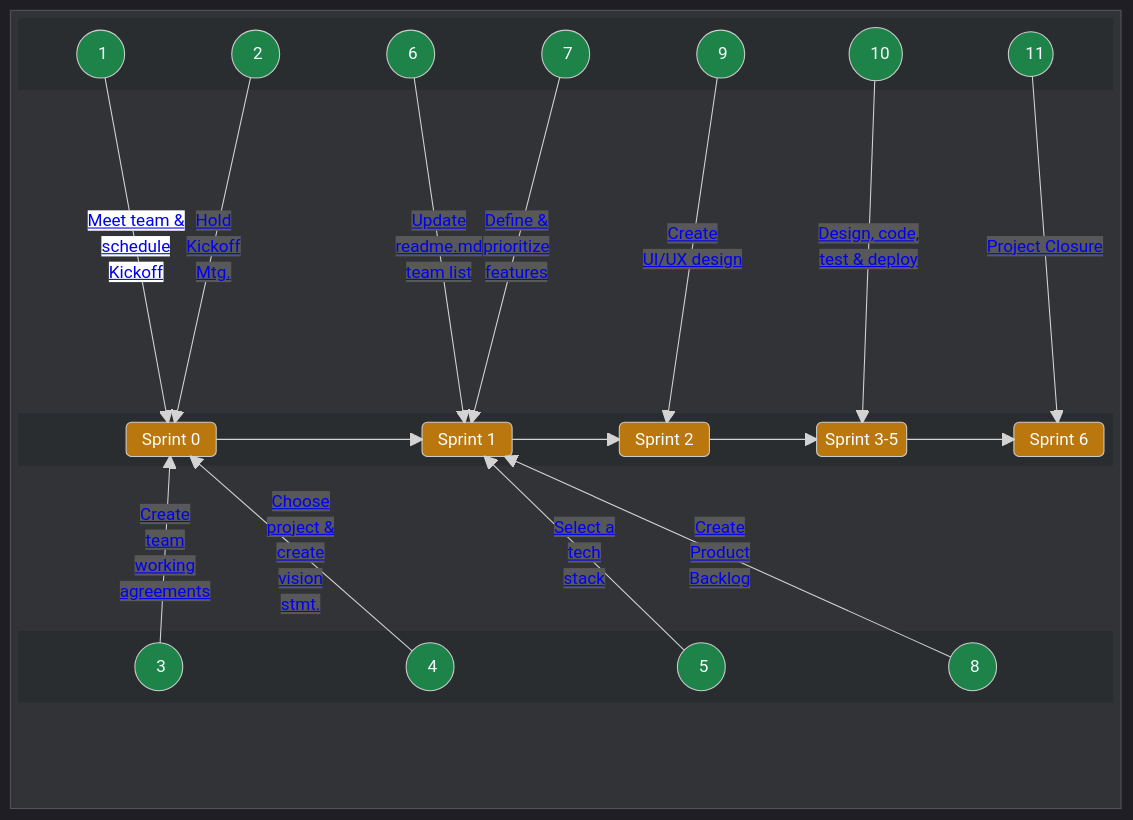
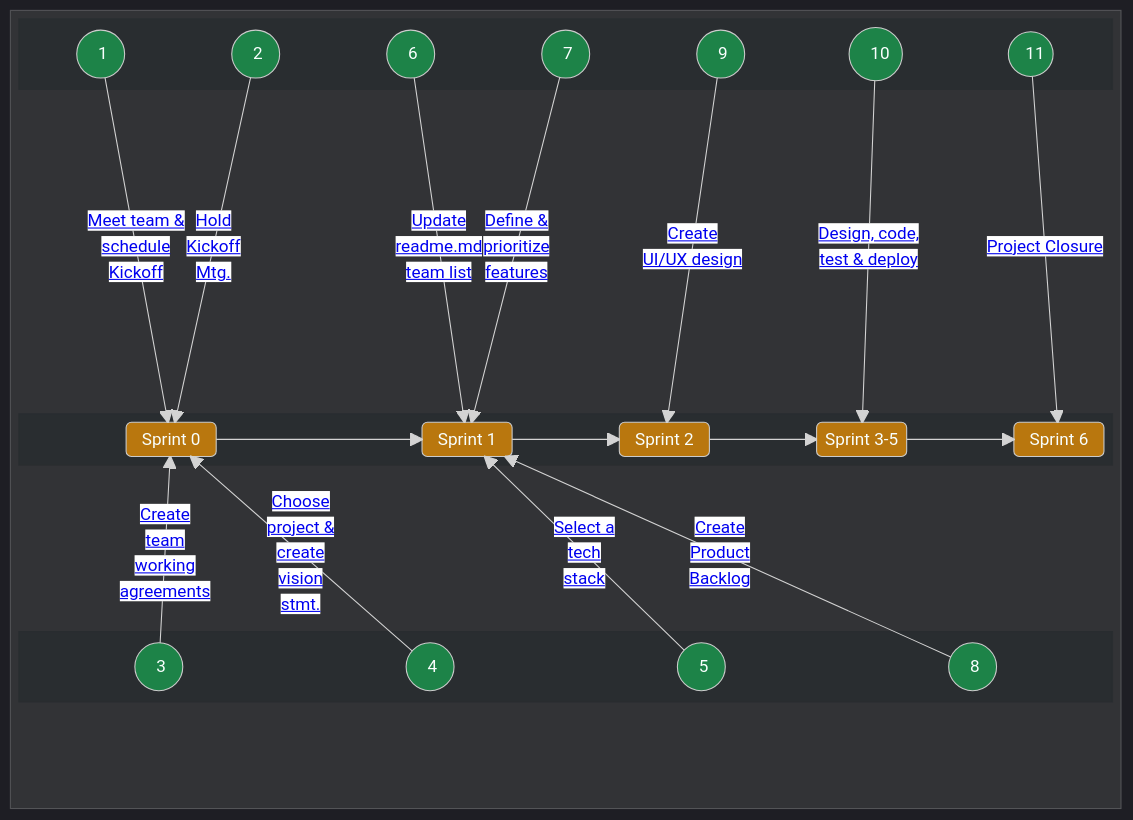
The first of 2 diagrams in docs/guides/voyage/voyage.md (chingu-voyages/Handbook), drawn with Mermaid before and after one commit.

Commit message:
Feature: Update sprint diagram task ordering

```diff
--- a/docs/guides/voyage/voyage.md
+++ b/docs/guides/voyage/voyage.md
@@ -109,16 +109,16 @@
       space
 
       A1 -- "<a style="background-color: white" href="https://github.com/chingu-voyages/Handbook/blob/main/docs/guides/voyage/voyage.md#1-meet-your-team--schedule-kickoff-meeting-">Meet team &</br>schedule</br>Kickoff</a>" --> SPRINT0
-      A2 -- "<a href="https://github.com/chingu-voyages/Handbook/blob/main/docs/guides/voyage/voyage.md#2-conduct-kickoff-meeting-">Hold</br>Kickoff</br>Mtg.</a>" --> SPRINT0
-      A3 -- "<a href="https://github.com/chingu-voyages/Handbook/blob/main/docs/guides/voyage/voyage.md#3-setup-your-teams-working-agreements-">Create</br>team</br>working</br>agreements</a>" --> SPRINT0
-      A4 -- "<a href="https://github.com/chingu-voyages/Handbook/blob/main/docs/guides/voyage/voyage.md#4-choose-a-project--create-a-vision-statement-">Choose</br>project &</br>create</br>vision</br>stmt.</a>" --> SPRINT0
-      A5 -- "<a href="https://github.com/chingu-voyages/Handbook/blob/main/docs/guides/voyage/voyage.md#5-select-a-tech-stack">Select a</br>tech</br>stack</a>" --> SPRINT1
-      A6 -- "<a href="https://github.com/chingu-voyages/Handbook/blob/main/docs/guides/voyage/voyage.md#6-add-your-info-to-the-team-list-in-your-readmemd-%EF%B8%8F">Update</br>readme.md</br>team list<a/>" --> SPRINT1
-      A7 -- "<a href="https://github.com/chingu-voyages/Handbook/blob/main/docs/guides/voyage/voyage.md#7-define--prioritize-mvp-features-">Define &</br>prioritize</br>features</a>" --> SPRINT1
-      A8 -- "<a href="https://github.com/chingu-voyages/Handbook/blob/main/docs/guides/voyage/voyage.md#8-setup-product-backlog-">Create</br>Product</br>Backlog</a>" --> SPRINT1
-      A9 -- "<a href="https://github.com/chingu-voyages/Handbook/blob/main/docs/guides/voyage/voyage.md#9-create-a-low-fidelity-wireframe-%EF%B8%8F">Create</br>UI/UX design</a>" --> SPRINT2
-      A10 -- "<a href="https://github.com/chingu-voyages/Handbook/blob/main/docs/guides/voyage/voyage.md#10-sprint-3-5---reaching-your-mvp-">Design, code,</br>test & deploy</a>" --> SPRINTS35
-      A11 -- "<a href="https://github.com/chingu-voyages/Handbook/blob/main/docs/guides/voyage/voyage.md#11-sprint-3-5---reaching-your-mvp-">Project Closure</a>" --> SPRINT6
+      A2 -- "<a style="background-color: white" href="https://github.com/chingu-voyages/Handbook/blob/main/docs/guides/voyage/voyage.md#2-conduct-kickoff-meeting-">Hold</br>Kickoff</br>Mtg.</a>" --> SPRINT0
+      A3 -- "<a style="background-color: white" href="https://github.com/chingu-voyages/Handbook/blob/main/docs/guides/voyage/voyage.md#3-setup-your-teams-working-agreements-">Create</br>team</br>working</br>agreements</a>" --> SPRINT0
+      A4 -- "<a style="background-color: white" href="https://github.com/chingu-voyages/Handbook/blob/main/docs/guides/voyage/voyage.md#4-choose-a-project--create-a-vision-statement-">Choose</br>project &</br>create</br>vision</br>stmt.</a>" --> SPRINT0
+      A5 -- "<a style="background-color: white" href="https://github.com/chingu-voyages/Handbook/blob/main/docs/guides/voyage/voyage.md#5-select-a-tech-stack">Select a</br>tech</br>stack</a>" --> SPRINT1
+      A6 -- "<a style="background-color: white" href="https://github.com/chingu-voyages/Handbook/blob/main/docs/guides/voyage/voyage.md#6-add-your-info-to-the-team-list-in-your-readmemd-%EF%B8%8F">Update</br>readme.md</br>team list<a/>" --> SPRINT1
+      A7 -- "<a style="background-color: white" href="https://github.com/chingu-voyages/Handbook/blob/main/docs/guides/voyage/voyage.md#7-define--prioritize-mvp-features-">Define &</br>prioritize</br>features</a>" --> SPRINT1
+      A8 -- "<a style="background-color: white" href="https://github.com/chingu-voyages/Handbook/blob/main/docs/guides/voyage/voyage.md#8-setup-product-backlog-">Create</br>Product</br>Backlog</a>" --> SPRINT1
+      A9 -- "<a style="background-color: white" href="https://github.com/chingu-voyages/Handbook/blob/main/docs/guides/voyage/voyage.md#9-create-a-low-fidelity-wireframe-%EF%B8%8F">Create</br>UI/UX design</a>" --> SPRINT2
+      A10 -- "<a style="background-color: white" href="https://github.com/chingu-voyages/Handbook/blob/main/docs/guides/voyage/voyage.md#10-sprint-3-5---reaching-your-mvp-">Design, code,</br>test & deploy</a>" --> SPRINTS35
+      A11 -- "<a style="background-color: white" href="https://github.com/chingu-voyages/Handbook/blob/main/docs/guides/voyage/voyage.md#11-sprint-3-5---reaching-your-mvp-">Project Closure</a>" --> SPRINT6
     end
 
     SPRINT0 --> SPRINT1
```
